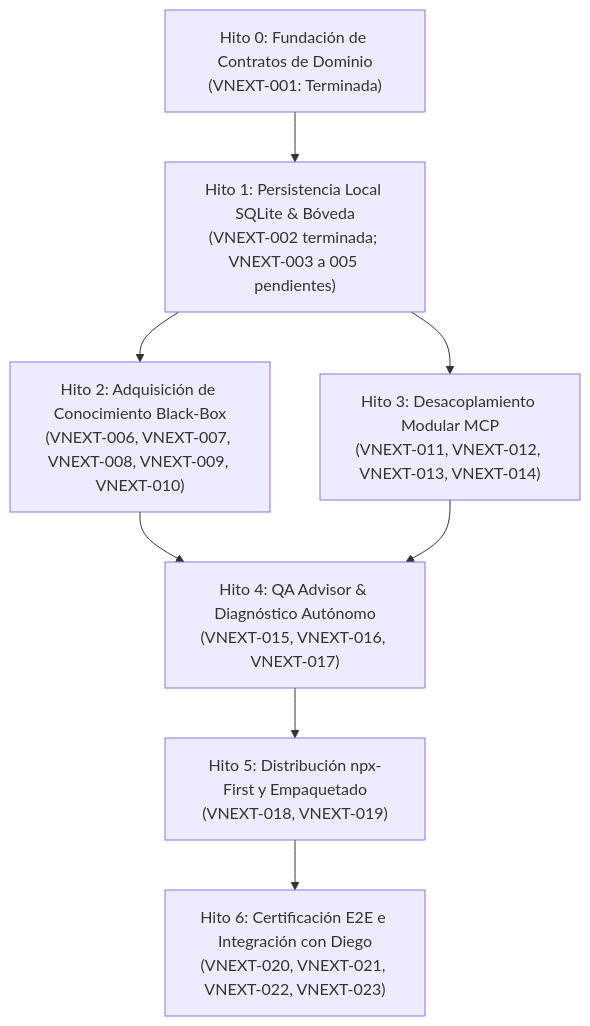
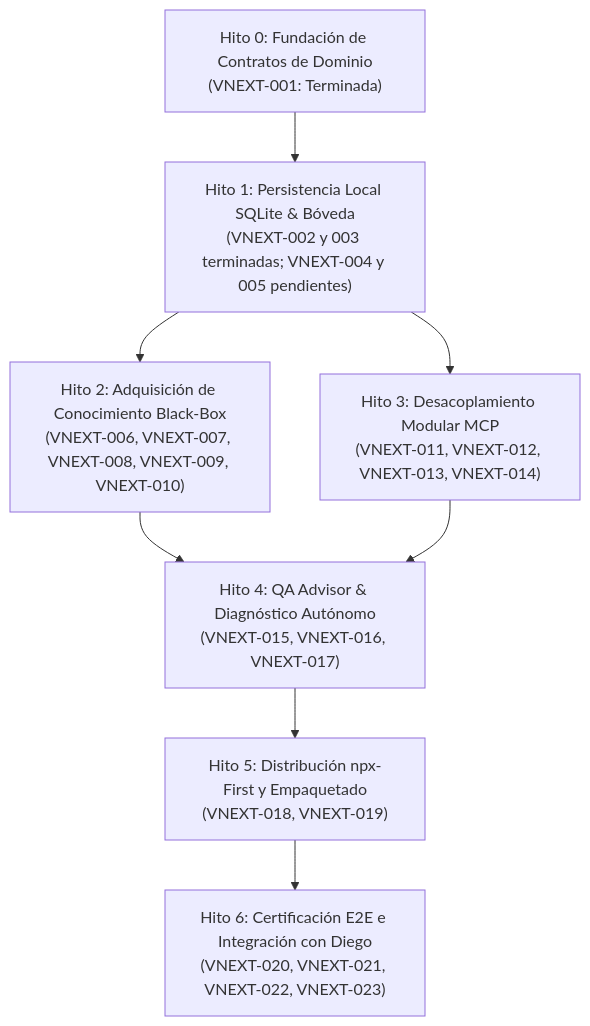
The diagram in docs/vnext/04_BACKLOG_Y_WBS_PRELIMINAR.md (Hyouka73/QAMCP), drawn with Mermaid before and after one commit. The commit also changed other lines of this file and 13 other files, not shown here.

Commit message:
feat(knowledge): implement versioned SQLite knowledge adapter (VNEXT-003)

````diff
--- a/docs/vnext/04_BACKLOG_Y_WBS_PRELIMINAR.md
+++ b/docs/vnext/04_BACKLOG_Y_WBS_PRELIMINAR.md
@@ -19,10 +19,10 @@
 ```mermaid
 flowchart TD
-    H0["Hito 0: Fundación de Contratos de Dominio<br/>(VNEXT-001: Terminada)"] --> H1["Hito 1: Persistencia Local SQLite & Bóveda<br/>(VNEXT-002 terminada; VNEXT-003 a 005 pendientes)"]
+    H0["Hito 0: Fundación de Contratos de Dominio<br/>(VNEXT-001: Terminada)"] --> H1["Hito 1: Persistencia Local SQLite & Bóveda<br/>(VNEXT-002 y 003 terminadas; VNEXT-004 y 005 pendientes)"]
     H1 --> H2["Hito 2: Adquisición de Conocimiento Black-Box<br/>(VNEXT-006, VNEXT-007, VNEXT-008, VNEXT-009, VNEXT-010)"]
     H1 --> H3["Hito 3: Desacoplamiento Modular MCP<br/>(VNEXT-011, VNEXT-012, VNEXT-013, VNEXT-014)"]
     H2 --> H4["Hito 4: QA Advisor & Diagnóstico Autónomo<br/>(VNEXT-015, VNEXT-016, VNEXT-017)"]
     H3 --> H4
     H4 --> H5["Hito 5: Distribución npx-First y Empaquetado<br/>(VNEXT-018, VNEXT-019)"]
     H5 --> H6["Hito 6: Certificación E2E e Integración con Diego<br/>(VNEXT-020, VNEXT-021, VNEXT-022, VNEXT-023)"]
 ```
````
